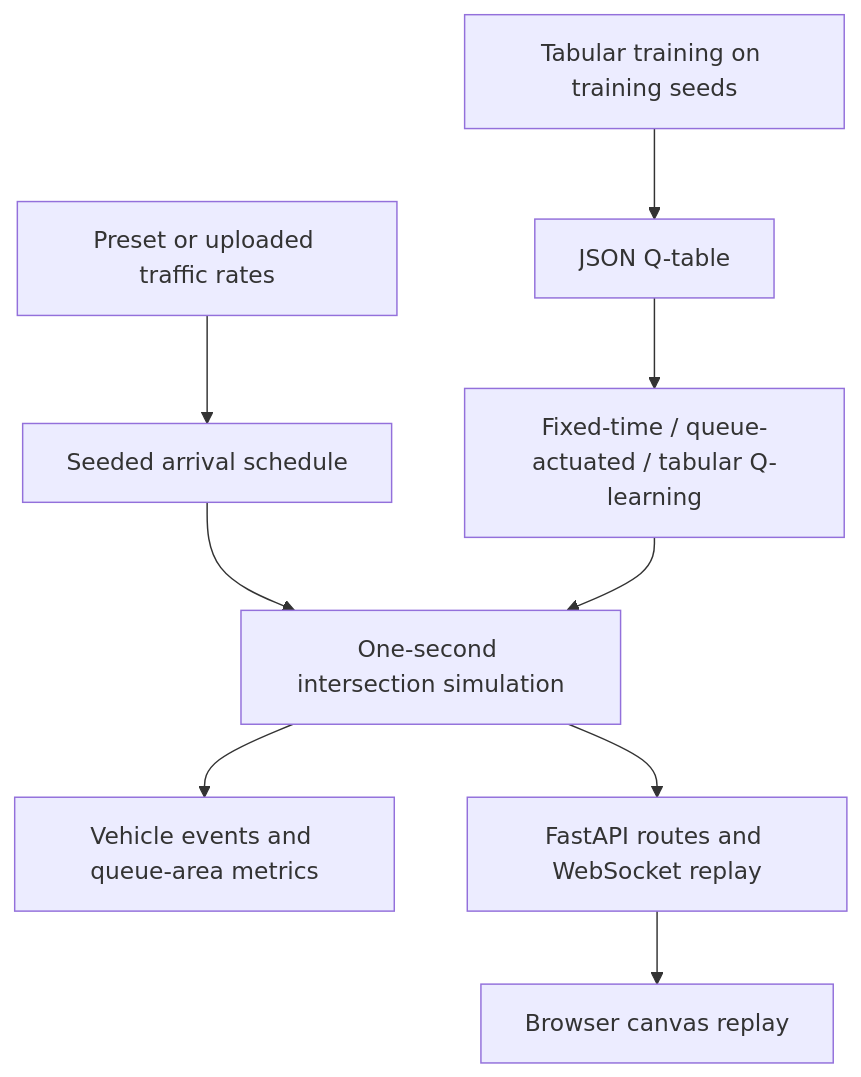
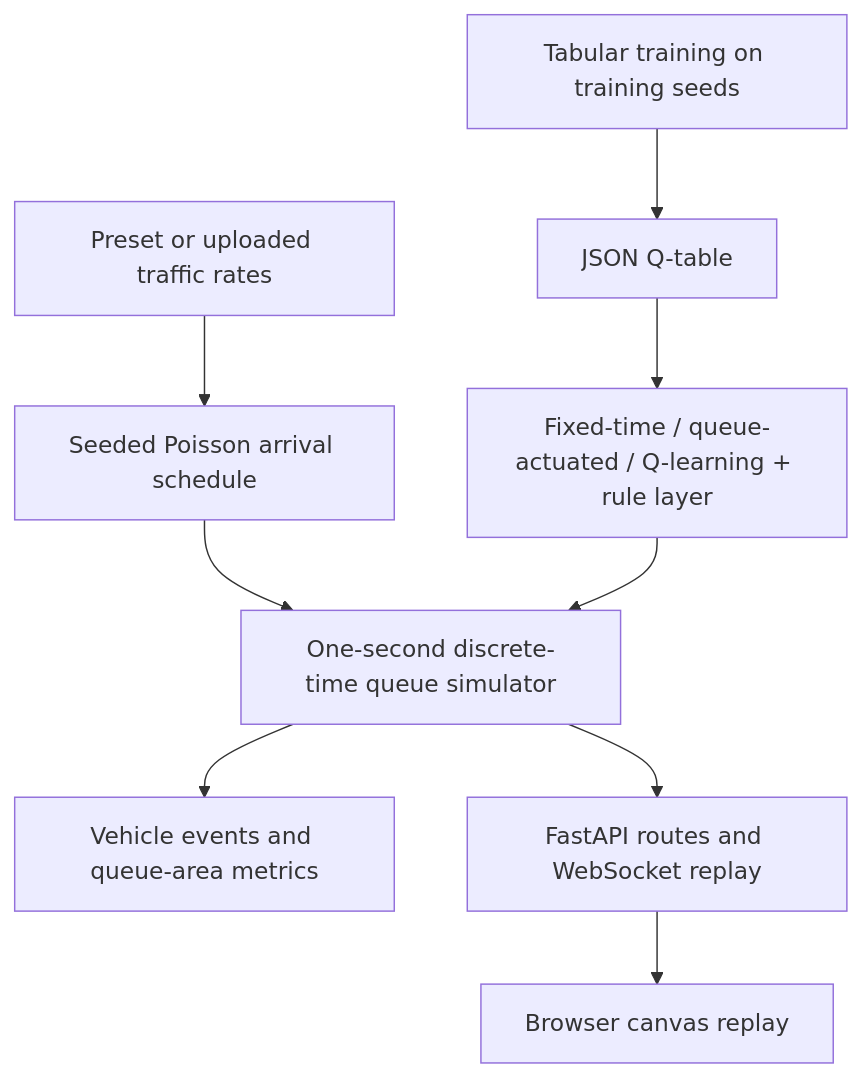
One commit to Schrodi-O-Ao/TrafficLearner changed the diagram in README.md. Above: the diagram before and after it, drawn with Mermaid. The commit also changed other lines of this file, not shown here.

Commit message:
docs: clarify hybrid Q-learning/rule-layer design, add simulator scope section, and update results tables

````diff
--- a/README.md
+++ b/README.md
@@ -10,11 +10,11 @@
 ```mermaid
 flowchart TD
-    PROFILE["Preset or uploaded traffic rates"] --> ARRIVALS["Seeded arrival schedule"]
-    ARRIVALS --> SIM["One-second intersection simulation"]
-    CONTROLLERS["Fixed-time / queue-actuated / tabular Q-learning"] --> SIM
+    PROFILE["Preset or uploaded traffic rates"] --> ARRIVALS["Seeded Poisson arrival schedule"]
+    ARRIVALS --> SIM["One-second discrete-time queue simulator"]
+    CONTROLLERS["Fixed-time / queue-actuated / Q-learning + rule layer"] --> SIM
     SIM --> METRICS["Vehicle events and queue-area metrics"]
     SIM --> API["FastAPI routes and WebSocket replay"]
     API --> UI["Browser canvas replay"]
     TRAIN["Tabular training on training seeds"] --> POLICY["JSON Q-table"]
     POLICY --> CONTROLLERS
 ```
````
